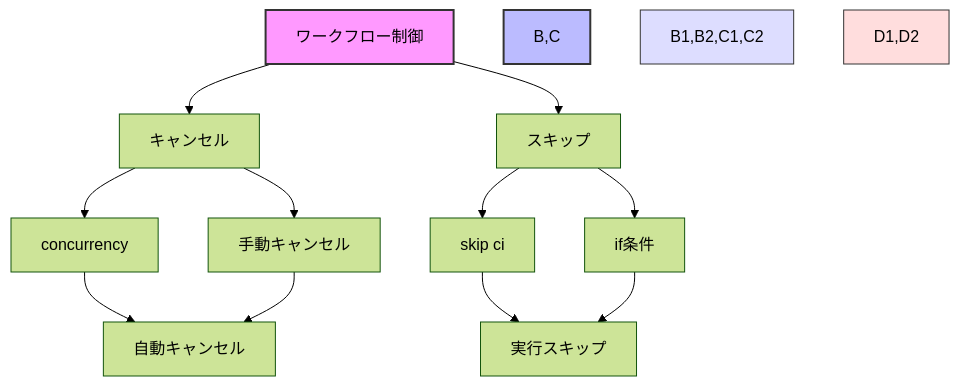
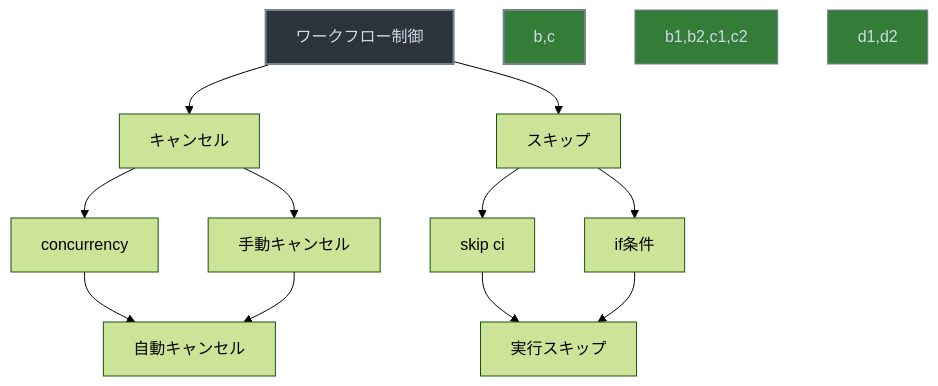
One commit to haruka-aibara/haruka-aibara changed the diagram in docs/GitHub Actions/02_workflows_and_events/02-06_cancelling_workflows_and_skip_workflows.md. Above: the diagram before and after it, drawn with Mermaid (forest theme). The commit also changed 4 other files, not shown here.

````diff
--- a/docs/GitHub Actions/02_workflows_and_events/02-06_cancelling_workflows_and_skip_workflows.md
+++ b/docs/GitHub Actions/02_workflows_and_events/02-06_cancelling_workflows_and_skip_workflows.md
@@ -3,22 +3,22 @@
 ```mermaid
 graph TD
-    A[ワークフロー制御] --> B[キャンセル]
-    A --> C[スキップ]
+    a[ワークフロー制御] --> b[キャンセル]
+    a --> c[スキップ]
     
-    B --> B1[concurrency]
-    B --> B2[手動キャンセル]
+    b --> b1[concurrency]
+    b --> b2[手動キャンセル]
     
-    C --> C1[skip ci]
-    C --> C2[if条件]
+    c --> c1[skip ci]
+    c --> c2[if条件]
     
-    B1 --> D1[自動キャンセル]
-    B2 --> D1
+    b1 --> d1[自動キャンセル]
+    b2 --> d1
     
-    C1 --> D2[実行スキップ]
-    C2 --> D2
+    c1 --> d2[実行スキップ]
+    c2 --> d2
     
-    style A fill:#f9f,stroke:#333,stroke-width:2px
-    style B,C fill:#bbf,stroke:#333,stroke-width:2px
-    style B1,B2,C1,C2 fill:#ddf,stroke:#333,stroke-width:1px
-    style D1,D2 fill:#fdd,stroke:#333,stroke-width:1px
+    style a fill:#2d333b,stroke:#768390,stroke-width:2px,color:#cdd9e5
+    style b,c fill:#347d39,stroke:#768390,stroke-width:2px,color:#cdd9e5
+    style b1,b2,c1,c2 fill:#347d39,stroke:#768390,stroke-width:1px,color:#cdd9e5
+    style d1,d2 fill:#347d39,stroke:#768390,stroke-width:1px,color:#cdd9e5
 ```
````
